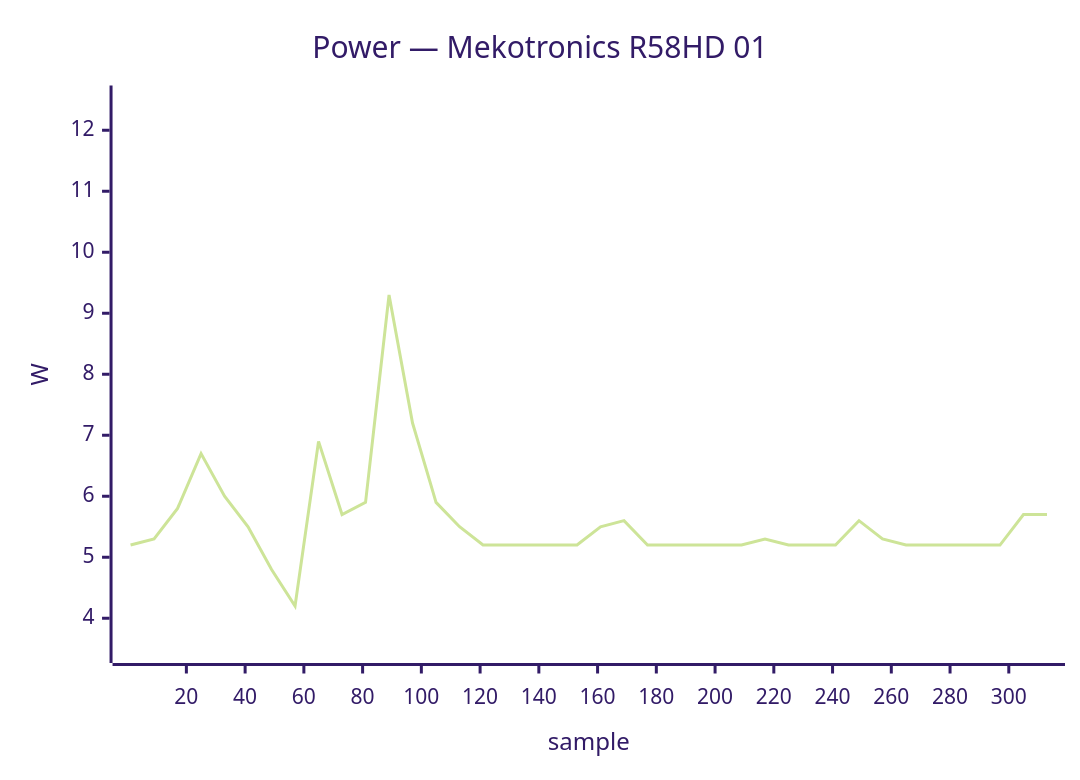
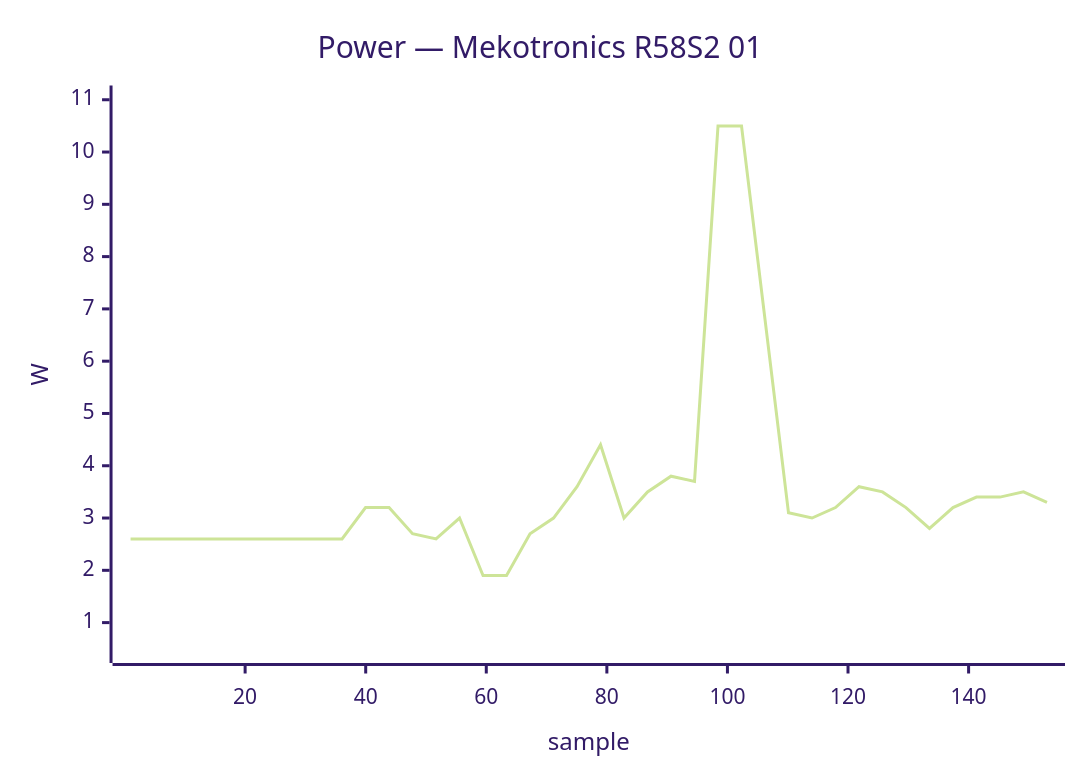
One commit to armbian/documentation changed diagram 20 of 40 in docs/status/board-tests.md. Above: the diagram before and after it, drawn with Mermaid (forest theme). The commit also changed other lines of this file, not shown here.

````diff
--- a/docs/status/board-tests.md
+++ b/docs/status/board-tests.md
@@ -685,7 +940,7 @@
 ```mermaid
 xychart-beta
-    title "Power — Mekotronics R58HD 01"
-    x-axis "sample" 1 --> 313
-    y-axis "W" 3.5 --> 12.5
-    line [5.2, 5.3, 5.8, 6.7, 6.0, 5.5, 4.8, 4.2, 6.9, 5.7, 5.9, 9.3, 7.2, 5.9, 5.5, 5.2, 5.2, 5.2, 5.2, 5.2, 5.5, 5.6, 5.2, 5.2, 5.2, 5.2, 5.2, 5.3, 5.2, 5.2, 5.2, 5.6, 5.3, 5.2, 5.2, 5.2, 5.2, 5.2, 5.7, 5.7]
+    title "Power — Mekotronics R58S2 01"
+    x-axis "sample" 1 --> 153
+    y-axis "W" 0.5 --> 11.0
+    line [2.6, 2.6, 2.6, 2.6, 2.6, 2.6, 2.6, 2.6, 2.6, 2.6, 3.2, 3.2, 2.7, 2.6, 3.0, 1.9, 1.9, 2.7, 3.0, 3.6, 4.4, 3.0, 3.5, 3.8, 3.7, 10.5, 10.5, 6.8, 3.1, 3.0, 3.2, 3.6, 3.5, 3.2, 2.8, 3.2, 3.4, 3.4, 3.5, 3.3]
 ```
````
